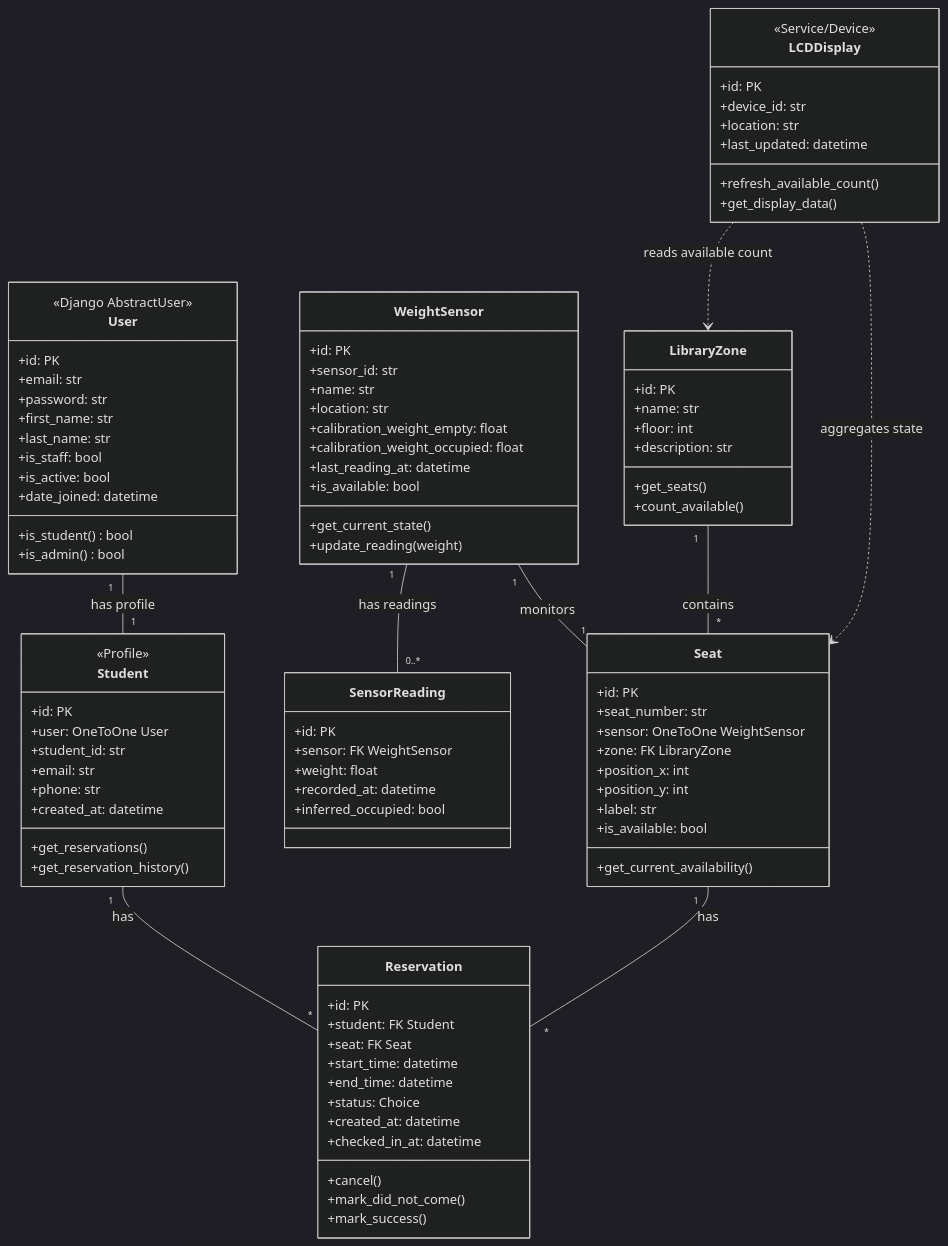
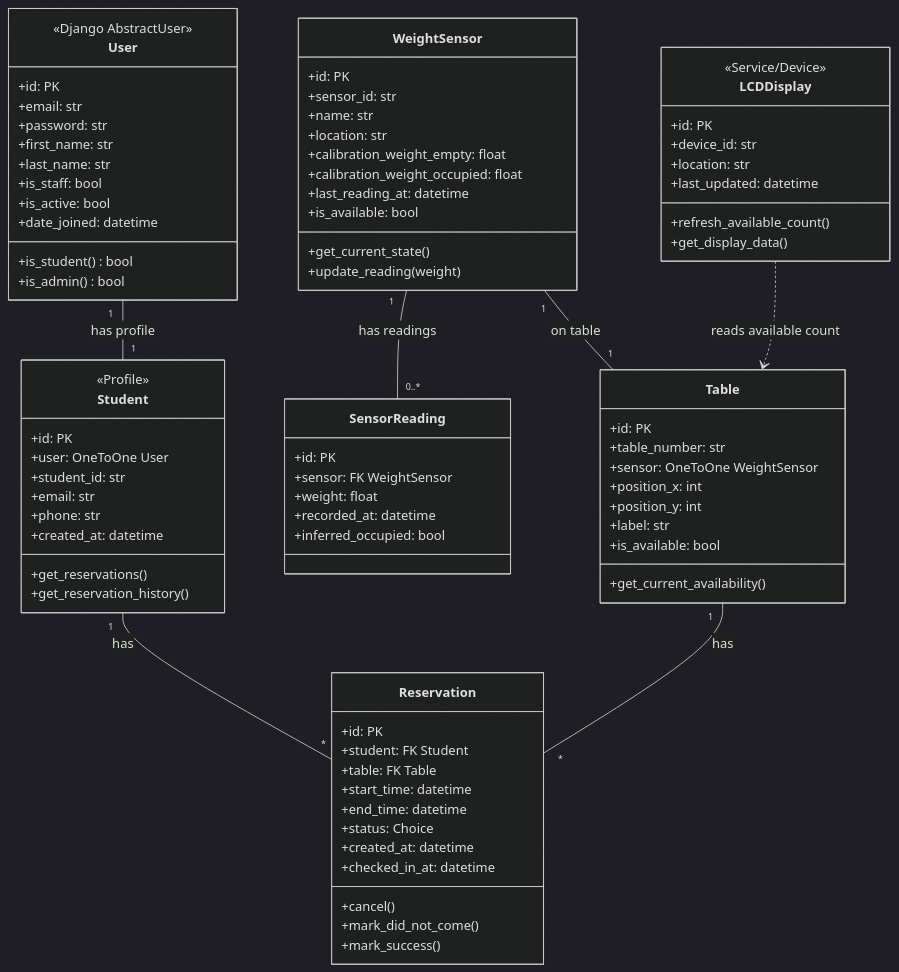
Before and after one commit to LinThitHtwe/Capstone_backend: the first of 2 diagrams in docs/CLASS_DIAGRAM.md, drawn with Mermaid (dark theme). The commit also changed other lines of this file, not shown here.

Commit message:
[modify] class diagram

````diff
--- a/docs/CLASS_DIAGRAM.md
+++ b/docs/CLASS_DIAGRAM.md
@@ -37,7 +37,7 @@
         +get_reservation_history()
     }
 
-    %% ============ Physical / IoT Layer ============
+    %% ============ Physical / IoT Layer (sensor on table) ============
     class WeightSensor {
         +id: PK
         +sensor_id: str
@@ -59,11 +59,10 @@
         +inferred_occupied: bool
     }
 
-    class Seat {
+    class Table {
         +id: PK
-        +seat_number: str
+        +table_number: str
         +sensor: OneToOne WeightSensor
-        +zone: FK LibraryZone
         +position_x: int
         +position_y: int
         +label: str
@@ -71,20 +70,11 @@
         +get_current_availability()
     }
 
-    class LibraryZone {
-        +id: PK
-        +name: str
-        +floor: int
-        +description: str
-        +get_seats()
-        +count_available()
-    }
-
     %% ============ Reservations ============
     class Reservation {
         +id: PK
         +student: FK Student
-        +seat: FK Seat
+        +table: FK Table
         +start_time: datetime
         +end_time: datetime
         +status: Choice
@@ -109,10 +99,8 @@
     %% ============ Relationships ============
     User "1" -- "1" Student : has profile
     WeightSensor "1" -- "0..*" SensorReading : has readings
-    WeightSensor "1" -- "1" Seat : monitors
-    LibraryZone "1" -- "*" Seat : contains
+    WeightSensor "1" -- "1" Table : on table
     Student "1" -- "*" Reservation : has
-    Seat "1" -- "*" Reservation : has
-    LCDDisplay ..> LibraryZone : reads available count
-    LCDDisplay ..> Seat : aggregates state
+    Table "1" -- "*" Reservation : has
+    LCDDisplay ..> Table : reads available count
 ```
````
